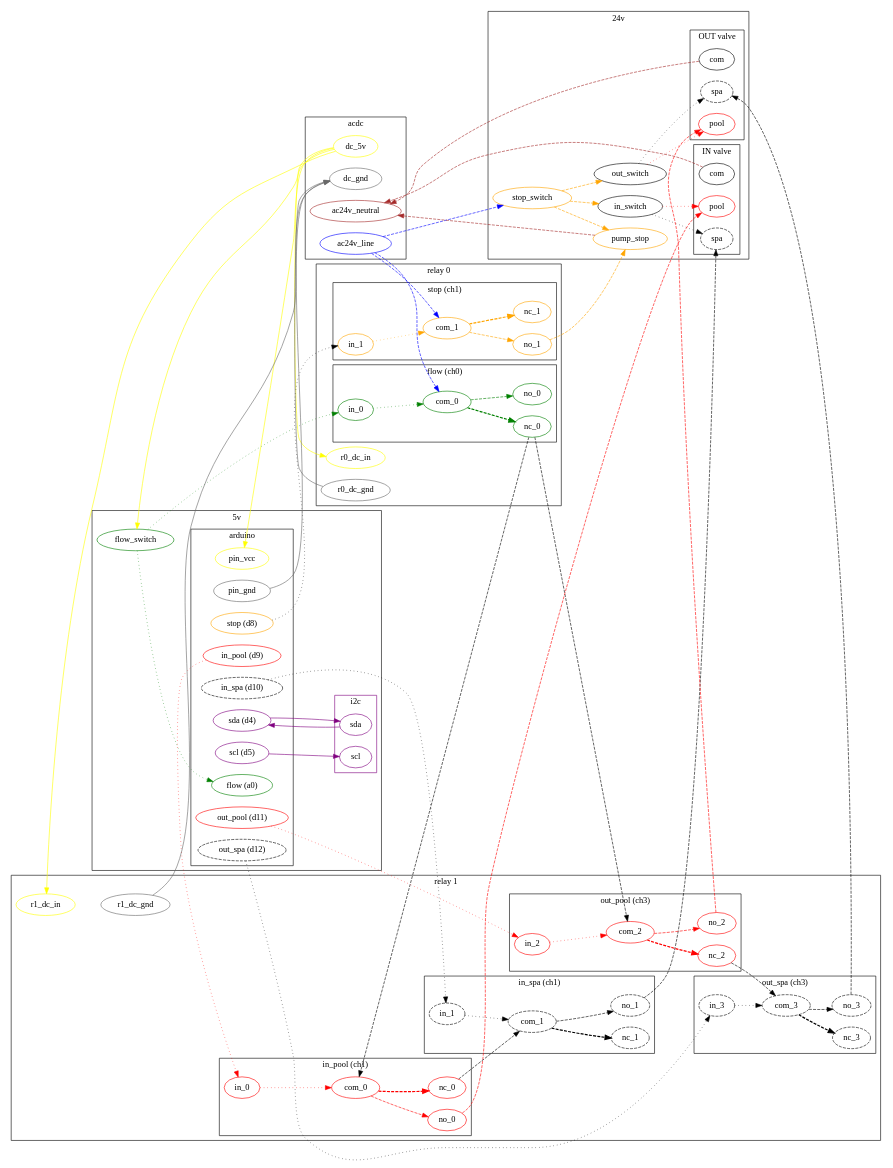
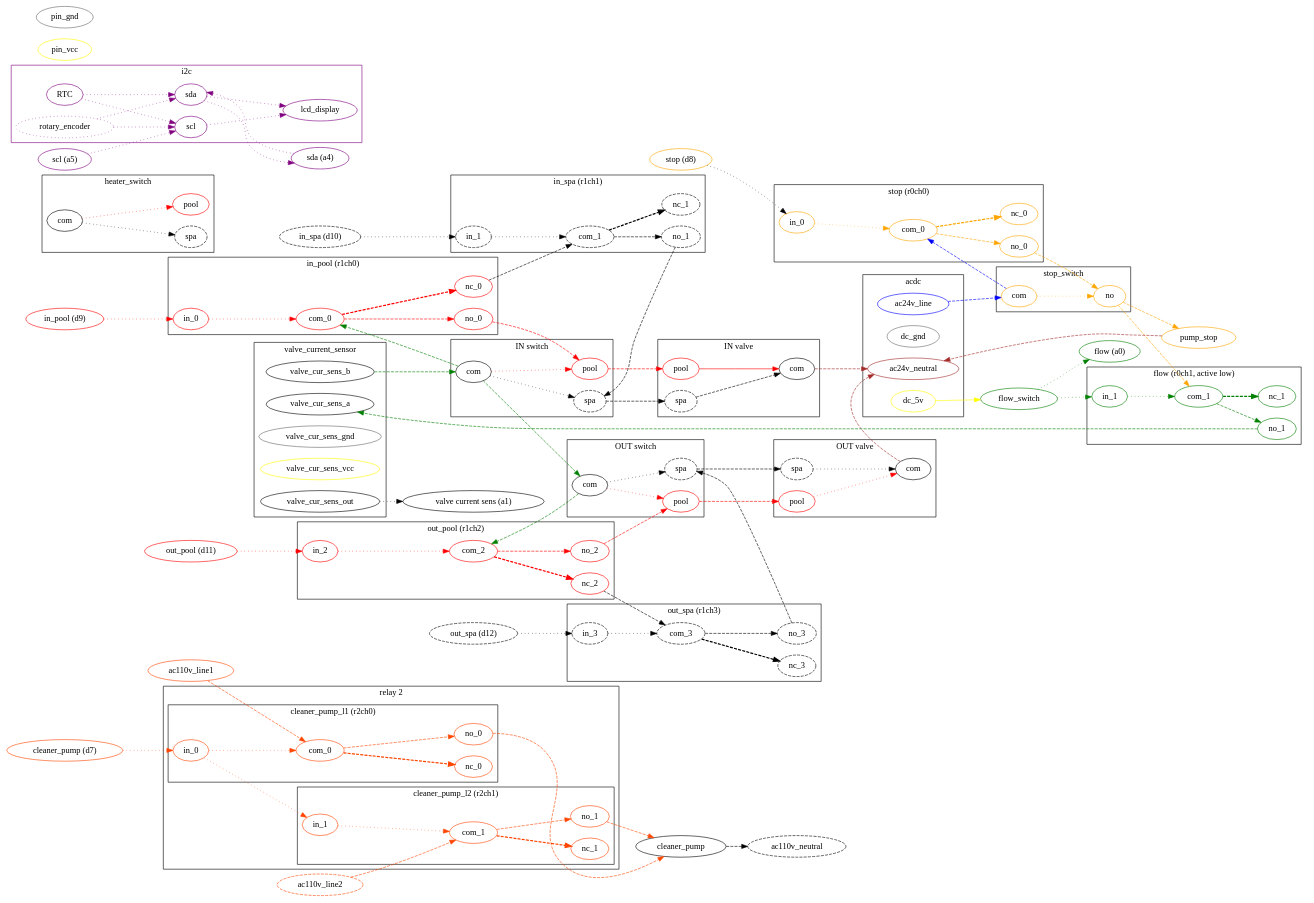
The diagram in pool/circuit.dot (alexpaulzor/scads), drawn with Graphviz before and after one commit. The commit also changed 2 other files, not shown here.

```diff
--- a/pool/circuit.dot
+++ b/pool/circuit.dot
@@ -1,5 +1,17 @@
 digraph {
 	rankdir=LR;
+
+	// subgraph cluster_110v {
+	// 	label="AC 110v"
+		ac110v_line1 [color=orangered];
+		ac110v_line2 [color=orangered, style=dashed];
+		ac110v_neutral [style=dashed];
+
+		// vsp_pump;
+		cleaner_pump;
+	// }
+
+	// transformer;
 
 	subgraph cluster_acdc {
 		label="acdc";
@@ -9,67 +21,105 @@
 		ac24v_neutral [color=brown];
 	}
 
-	subgraph cluster_24v {
-		label="24v";
+	// subgraph cluster_24v {
+	// 	label="AC 24v";
 
 		subgraph cluster_in_valve {
 			label="IN valve";
 			in_valve_red [color=red, label="pool"];
 			in_valve_white [style=dashed, label="spa"];
 			in_valve_black [label="com"];
+			in_valve_red -> in_valve_black [color=red];
+			in_valve_white -> in_valve_black [style=dashed];
 		}
 		subgraph cluster_out_valve {
 			label="OUT valve";
 			out_valve_red [color=red, label="pool"];
 			out_valve_white [style=dashed, label="spa"];
 			out_valve_black [label="com"];
+			out_valve_red -> out_valve_black [color=red, style=dotted];
+			out_valve_white -> out_valve_black [style=dotted];
 		}
 
-		in_switch;
-		out_switch;
+		subgraph cluster_in_switch {
+			label="IN switch";
+			in_switch_red [color=red, label="pool"];
+			in_switch_white [style=dashed, label="spa"];
+			in_switch_com [label="com"];
 
-		stop_switch [color=orange];
+			in_switch_com -> in_switch_red [color=red, style=dotted];
+			in_switch_com -> in_switch_white [style=dotted];
+		}
+		subgraph cluster_out_switch {
+			label="OUT switch";
+			out_switch_red [color=red, label="pool"];
+			out_switch_white [style=dashed, label="spa"];
+			out_switch_com [label="com"];
+
+			out_switch_com -> out_switch_red [color=red, style=dotted];
+			out_switch_com -> out_switch_white [style=dotted];
+		}
+
+		subgraph cluster_stop_switch {
+			label="stop_switch";
+			stop_switch_com [label="com", color=orange];
+			stop_switch_no [label="no", color=orange];
+
+			stop_switch_com -> stop_switch_no [style=dotted, color=orange];
+		}
+		subgraph cluster_heater_switch {
+			label="heater_switch";
+			heater_switch_com [label="com"];
+			heater_switch_spa [style=dashed, label="spa"];
+			heater_switch_pool [color=red, label="pool"];
+
+			heater_switch_com -> heater_switch_pool [color=red, style=dotted];
+			heater_switch_com -> heater_switch_spa [style=dotted];
+		}
 		pump_stop [color=orange];
 
+		// wires DONE:
 		in_valve_black -> ac24v_neutral [style=dashed, color=brown];
 		out_valve_black -> ac24v_neutral [style=dashed, color=brown];
-		ac24v_line -> stop_switch [style=dashed, color=blue];
-		stop_switch -> pump_stop [style=dashed, color=orange];
-		stop_switch -> in_switch [style=dashed, color=orange];
-		stop_switch -> out_switch [style=dashed, color=orange];
-		in_switch -> in_valve_red [style=dotted, color=red];
-		in_switch -> in_valve_white [style=dotted];
-		out_switch -> out_valve_red [style=dotted, color=red];
-		out_switch -> out_valve_white [style=dotted];
-		pump_stop -> ac24v_neutral [style=dashed, color=brown];
-	}
+		ac24v_line -> stop_switch_com [style=dashed, color=blue];
+		stop_switch_no -> pump_stop [style=dashed, color=orange, weight=0];
+		// stop_switch_no -> in_switch_com [style=dashed, color=orange];
+		// stop_switch_no -> out_switch_com [style=dashed, color=orange];
+		in_switch_red -> in_valve_red [style=dashed, color=red];
+		in_switch_white -> in_valve_white [style=dashed];
+		out_switch_red -> out_valve_red [style=dashed, color=red];
+		out_switch_white -> out_valve_white [style=dashed];
+		pump_stop -> ac24v_neutral [style=dashed, color=brown, weight=0];
+	// }
 
-	subgraph cluster_5v {
-		label="5v";
-		subgraph cluster_arduino {
-			label="arduino";
+	// subgraph cluster_5v {
+		// label="DC 5v";
+		// subgraph cluster_arduino {
+			// label="arduino";
+		
 			// pin_d1;
 			// pin_d2;
 			// pin_d3;
-			pin_d4 [color=purple, label="sda (d4)"];
-			pin_d5 [color=purple, label="scl (d5)"];
+			// pin_d4;
+			// pin_d5;
 			// pin_d6;
-			// pin_d7;
+			pin_d7 [color=orangered, label="cleaner_pump (d7)"];
 			pin_d8 [color=orange, label="stop (d8)"];
 			pin_d9 [color=red, label="in_pool (d9)"];
 			pin_d10 [style=dashed, label="in_spa (d10)"];
 			pin_d11 [color=red, label="out_pool (d11)"];
 			pin_d12 [style=dashed, label="out_spa (d12)"];
 			pin_a0 [color=green, label="flow (a0)"];
-			// pin_a1;
+			pin_a1 [label="valve current sens (a1)"];
 			// pin_a2;
 			// pin_a3;
-			// pin_a4;
-			// pin_a5;
+			pin_a4 [color=purple, label="sda (a4)"];
+			pin_a5 [color=purple, label="scl (a5)"];
 			// pin_a6;
+			// pin_a7;
 			pin_vcc [color=yellow];
 			pin_gnd [color=dimgray];
-		}
+		// }
 
 		flow_switch [color=green];
 
@@ -78,38 +128,49 @@
 			color=purple;
 			sda [color=purple];
 			scl [color=purple];
+
+			RTC [color=purple];
+			lcd_display [color=purple];
+			rotary_encoder [color=purple, style=dotted];
+
+			sda -> lcd_display [color=purple, style=dotted];
+			scl -> lcd_display [color=purple, style=dotted];
+			RTC, rotary_encoder -> sda [color=purple, style=dotted];
+			RTC, rotary_encoder -> scl [color=purple, style=dotted];
 		}
-		pin_d4 -> sda [color=purple];
-		sda -> pin_d4 [color=purple];
-		pin_d5 -> scl [color=purple];
+		pin_a4 -> sda [color=purple, style=dotted];
+		sda -> pin_a4 [color=purple, style=dotted];
+		pin_a5 -> scl [color=purple, style=dotted];
+		// scl -> pin_a5 [color=purple, style=dotted];
 		
 
-		dc_5v -> flow_switch [color=yellow];
+		dc_5v -> flow_switch [color=yellow, weight=0];
 	
-		dc_5v -> pin_vcc [color=yellow];
-		pin_gnd -> dc_gnd [color=dimgray];
-		flow_switch -> pin_a0 [style=dotted, color=green];
-	}
+		// dc_5v -> pin_vcc [color=yellow];
+		// pin_gnd -> dc_gnd [color=dimgray];
+		flow_switch -> pin_a0 [style=dotted, color=green, weight=0];
+	// }
 
-	subgraph cluster_relay_0 {
-		label="relay 0";
-		r0_dc_in [color=yellow];
-		r0_dc_gnd [color=dimgray];
+	// subgraph cluster_relay_0 {
+		// label="relay 0";
+		// r0_dc_in [color=yellow];
+		// r0_dc_gnd [color=dimgray];
 
 		subgraph cluster_r0ch0 {
-			label="flow (ch0)";
-			r0_in_0 [color=green, label="in_0"];
-			r0_com_0 [color=green, label="com_0"];
-			r0_no_0 [color=green, label="no_0"];
-			r0_nc_0 [color=green, label="nc_0"];
+			label="stop (r0ch0)";
+			r0_in_0 [color=orange, label="in_0"];
+			r0_com_0 [color=orange, label="com_0"];
+			r0_no_0 [color=orange, label="no_0"];
+			r0_nc_0 [color=orange, label="nc_0"];
 		}
 		subgraph cluster_r0ch1 {
-			label="stop (ch1)";
-			r0_in_1 [color=orange, label="in_1"];
-			r0_com_1 [color=orange, label="com_1"];
-			r0_no_1 [color=orange, label="no_1"];
-			r0_nc_1 [color=orange, label="nc_1"];
+			label="flow (r0ch1, active low)";
+			r0_in_1 [color=green, label="in_1"];
+			r0_com_1 [color=green, label="com_1"];
+			r0_no_1 [color=green, label="no_1"];
+			r0_nc_1 [color=green, label="nc_1"];
 		}
+		
 		// subgraph cluster_r0ch2 {
 		// 	label="ch1";
 		// 	r0_in_2;
@@ -125,15 +186,17 @@
 		// 	r0_no_3;
 		// 	r0_nc_3;
 		// }
-		# ch0 is flow switch
-		r0_com_0 -> r0_nc_0 [color=green, style=dashed, penwidth=2];
-		r0_com_0 -> r0_no_0 [color=green, style=dashed];
-		r0_in_0 -> r0_com_0 [color=green, style=dotted];
 		
-		# ch2 is pump_stop
-		r0_com_1 -> r0_nc_1 [color=orange, style=dashed, penwidth=2];
-		r0_com_1 -> r0_no_1 [color=orange, style=dashed];
-		r0_in_1 -> r0_com_1 [color=orange, style=dotted];
+		# ch0 is pump_stop
+		r0_com_0 -> r0_nc_0 [color=orange, style=dashed, penwidth=2];
+		r0_com_0 -> r0_no_0 [color=orange, style=dashed];
+		r0_in_0 -> r0_com_0 [color=orange, style=dotted];
+		
+
+		# ch1 is flow switch
+		r0_com_1 -> r0_nc_1 [color=green, style=dashed, penwidth=2];
+		r0_com_1 -> r0_no_1 [color=green, style=dashed];
+		r0_in_1 -> r0_com_1 [color=green, style=dotted];
 		
 		// r0_com_2 -> r0_nc_2 [style=dashed, penwidth=2];
 		// r0_com_2 -> r0_no_2 [style=dashed];
@@ -143,36 +206,36 @@
 		// r0_com_3 -> r0_no_3 [style=dashed];
 		// r0_in_3 -> r0_com_3 [style=dotted];
 
-	}
+	// }
 
-	subgraph cluster_relay_1 {
-		label="relay 1";
-		r1_dc_in [color=yellow];
-		r1_dc_gnd [color=dimgray];
+	// subgraph cluster_relay_1 {
+	// 	label="relay 1";
+		// r1_dc_in [color=yellow];
+		// r1_dc_gnd [color=dimgray];
 
 		subgraph cluster_r1ch0 {
-			label="in_pool (ch1)";
+			label="in_pool (r1ch0)";
 			r1_in_0 [color=red, label="in_0"];
 			r1_com_0 [color=red, label="com_0"];
 			r1_no_0 [color=red, label="no_0"];
 			r1_nc_0 [color=red, label="nc_0"];
 		}
 		subgraph cluster_r1ch1 {
-			label="in_spa (ch1)";
+			label="in_spa (r1ch1)";
 			r1_in_1 [style=dashed, label="in_1"];
 			r1_com_1 [style=dashed, label="com_1"];
 			r1_no_1 [style=dashed, label="no_1"];
 			r1_nc_1 [style=dashed, label="nc_1"];
 		}
 		subgraph cluster_r1ch2 {
-			label="out_pool (ch3)";
+			label="out_pool (r1ch2)";
 			r1_in_2 [color=red, label="in_2"];
 			r1_com_2 [color=red, label="com_2"];
 			r1_no_2 [color=red, label="no_2"];
 			r1_nc_2 [color=red, label="nc_2"];
 		}
 		subgraph cluster_r1ch3 {
-			label="out_spa (ch3)";
+			label="out_spa (r1ch3)";
 			r1_in_3 [style=dashed, label="in_3"];
 			r1_com_3 [style=dashed, label="com_3"];
 			r1_no_3 [style=dashed, label="no_3"];
@@ -201,37 +264,116 @@
 		// Partial feedback for exclusive operation
 		r1_nc_0 -> r1_com_1 [style=dashed];
 		r1_nc_2 -> r1_com_3 [style=dashed];
+	// }
 
-		r1_dc_in -> r1_dc_gnd -> 
-			r1_in_0 -> r1_in_1 -> 
-			r1_in_2 -> r1_in_3 [style=invis];
-		r1_nc_0 -> r1_com_0 -> r1_no_0 -> 
-			r1_nc_1 -> r1_com_1 -> r1_no_1 -> 
-			r1_nc_2 -> r1_com_2 -> r1_no_2 -> 
-			r1_nc_3 -> r1_com_3 -> r1_no_3 [style=invis];
+	subgraph cluster_relay_2 {
+		label="relay 2";
+		// r2_dc_in [color=yellow];
+		// r2_dc_gnd [color=dimgray];
+
+		subgraph cluster_r2ch0 {
+			label="cleaner_pump_l1 (r2ch0)";
+			r2_in_0 [color=orangered, label="in_0"];
+			r2_com_0 [color=orangered, label="com_0"];
+			r2_no_0 [color=orangered, label="no_0"];
+			r2_nc_0 [color=orangered, label="nc_0"];
+		}
+		subgraph cluster_r2ch1 {
+			label="cleaner_pump_l2 (r2ch1)";
+			r2_in_1 [color=orangered, label="in_1"];
+			r2_com_1 [color=orangered, label="com_1"];
+			r2_no_1 [color=orangered, label="no_1"];
+			r2_nc_1 [color=orangered, label="nc_1"];
+		}
+		// subgraph cluster_r2ch2 {
+		// 	label="ch1";
+		// 	r2_in_2;
+		// 	r2_com_2;
+		// 	r2_no_2;
+		// 	r2_nc_2;
+		
+		// }
+		// subgraph cluster_r2ch3 {
+		// 	label="ch3";
+		// 	r2_in_3;
+		// 	r2_com_3;
+		// 	r2_no_3;
+		// 	r2_nc_3;
+		// }
+		# ch0 is flow switch
+		r2_com_0 -> r2_nc_0 [color=orangered, style=dashed, penwidth=2];
+		r2_com_0 -> r2_no_0 [color=orangered, style=dashed];
+		r2_in_0 -> r2_com_0 [color=orangered, style=dotted];
+		
+		# ch2 is pump_stop
+		r2_com_1 -> r2_nc_1 [color=orangered, style=dashed, penwidth=2];
+		r2_com_1 -> r2_no_1 [color=orangered, style=dashed];
+		r2_in_1 -> r2_com_1 [color=orangered, style=dotted];
+		
+		// r2_com_2 -> r2_nc_2 [style=dashed, penwidth=2];
+		// r2_com_2 -> r2_no_2 [style=dashed];
+		// r2_in_2 -> r2_com_2 [style=dotted];
+		
+		// r2_com_3 -> r2_nc_3 [style=dashed, penwidth=2];
+		// r2_com_3 -> r2_no_3 [style=dashed];
+		// r2_in_3 -> r2_com_3 [style=dotted];
+
 	}
 
-	dc_5v -> r0_dc_in [color=yellow];
-	r0_dc_gnd -> dc_gnd [color=dimgray];
-	dc_5v -> r1_dc_in [color=yellow];
-	r1_dc_gnd -> dc_gnd [color=dimgray];
+	subgraph cluster_valve_current_sensor {
+		label="valve_current_sensor";
+		valve_cur_sens_a;
+		valve_cur_sens_b;
+		valve_cur_sens_gnd [color=dimgray];
+		valve_cur_sens_vcc [color=yellow];
+		valve_cur_sens_out;
+	}
 
-	pin_d8 -> r0_in_1 [style=dotted];
+	valve_cur_sens_out -> pin_a1 [style=dotted];
+
+	// ac110v_line1 -> transformer [style=dashed];
+	// transformer -> ac110v_neutral [style=dashed];
+	// transformer -> ac24v_line [style=dashed, color=blue];
+	// ac24v_neutral -> transformer [style=dashed, color=brown];
+
+	// cleaner_pump -> ac110v_neutral [style=dashed];
+
+	// dc_5v -> r0_dc_in [color=yellow];
+	// r0_dc_gnd -> dc_gnd [color=dimgray];
+	// dc_5v -> r1_dc_in [color=yellow];
+	// r1_dc_gnd -> dc_gnd [color=dimgray];
+
+	pin_d8 -> r0_in_0 [style=dotted];
 	pin_d9 -> r1_in_0 [style=dotted, color=red];
 	pin_d10 -> r1_in_1 [style=dotted];
 	pin_d11 -> r1_in_2 [style=dotted, color=red];
 	pin_d12 -> r1_in_3 [style=dotted];
 	
-	r1_no_0 -> in_valve_red [style=dashed, color=red];
-	r1_no_1 -> in_valve_white [style=dashed];
-	r1_no_2 -> out_valve_red [style=dashed, color=red];
-	r1_no_3 -> out_valve_white [style=dashed];
+	r1_no_0 -> in_switch_red [style=dashed, color=red];
+	r1_no_1 -> in_switch_white [style=dashed];
+	r1_no_2 -> out_switch_red [style=dashed, color=red];
+	r1_no_3 -> out_switch_white [style=dashed];
 
-	ac24v_line -> r0_com_0 [style=dashed, color=blue];
-	flow_switch -> r0_in_0 [style=dotted, color=green];
-	r0_nc_0 -> r1_com_0 [style=dashed];
-	r0_nc_0 -> r1_com_2 [style=dashed];
+	stop_switch_no -> r0_com_1 [style=dashed, color=orange];
+	flow_switch -> r0_in_1 [style=dotted, color=green, weight=0];
+	r0_no_1 -> valve_cur_sens_a [style=dashed, color=green];
 
-	ac24v_line -> r0_com_1 [style=dashed, color=blue];
-	r0_no_1 -> pump_stop [style=dashed, color=orange];
+	stop_switch_com -> r0_com_0 [style=dashed, color=blue];
+	r0_no_0 -> stop_switch_no [style=dashed, color=orange];
+	// stop_switch_no -> valve_cur_sens_a [style=dashed, color=orange];
+	valve_cur_sens_b -> in_switch_com [style=dashed, color=green];
+	in_switch_com -> out_switch_com [style=dashed, color=green];
+	in_switch_com -> r1_com_0 [style=dashed, color=green];
+	out_switch_com -> r1_com_2 [style=dashed, color=green];
+	// r1_com_0 -> r1_com_2 [color=green, style=dashed];
+
+	// pump_stop -> vsp_pump [style=dotted, color=orange, weight=0];
+	ac110v_line1 -> r2_com_0 [style=dashed, color=orangered];
+	ac110v_line2 -> r2_com_1 [style=dashed, color=orangered];
+	r2_in_0 -> r2_in_1 [style=dotted, color=orangered];
+	r2_no_0 -> cleaner_pump [color=orangered, style=dashed];
+	r2_no_1 -> cleaner_pump [color=orangered, style=dashed];
+	cleaner_pump -> ac110v_neutral [style=dashed];
+
+	pin_d7 -> r2_in_0 [style=dotted, color=orangered];
 }
```
